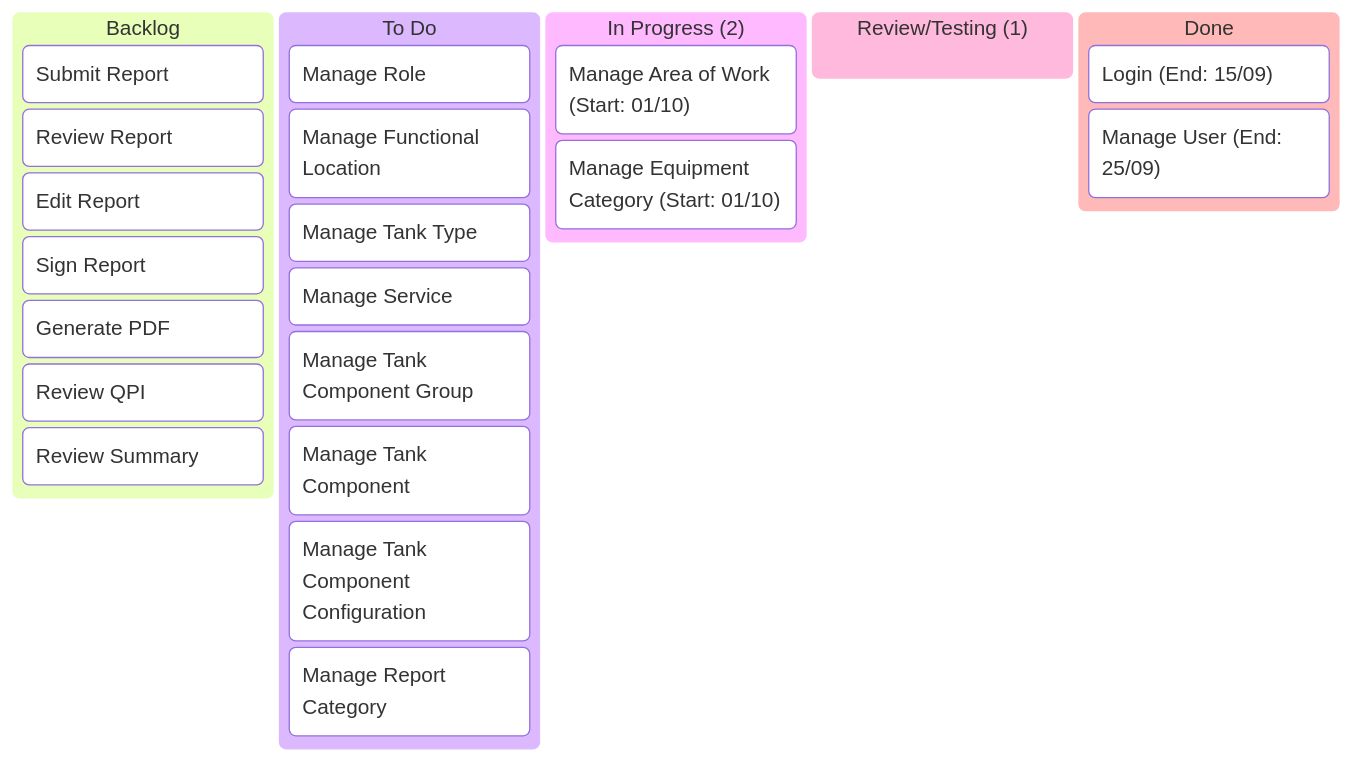
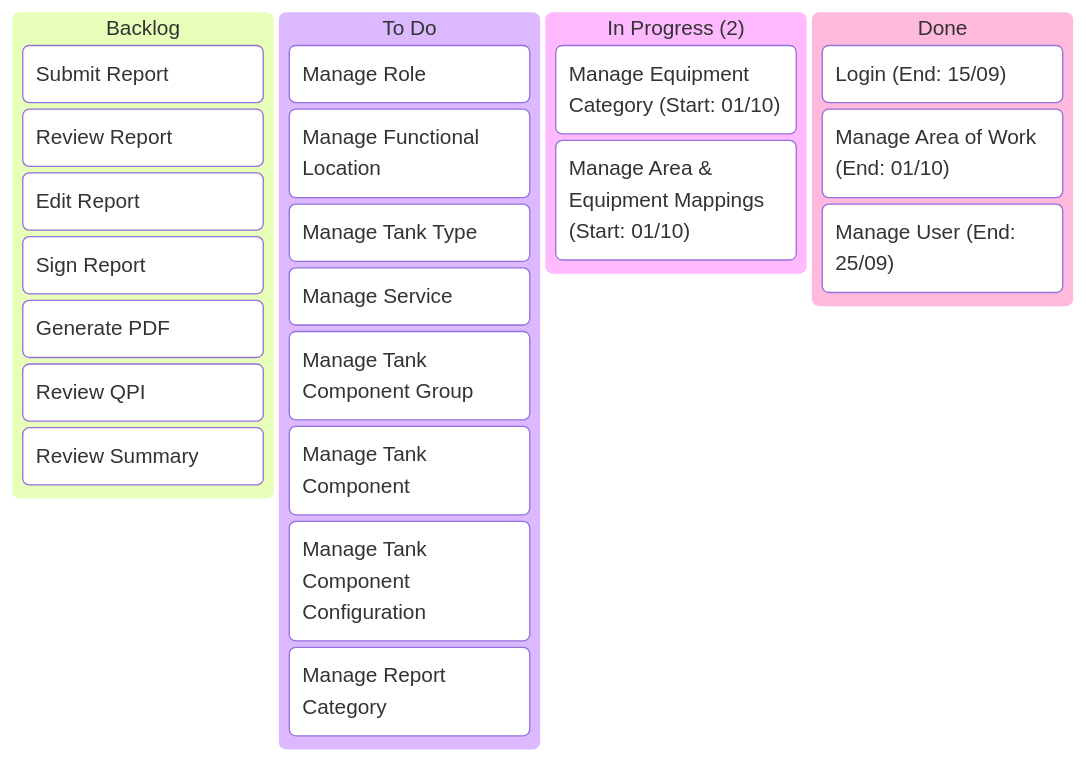
Before and after one commit to billdansr/kanban-boc-om: the diagram in Kanban/02-Kanban.md, drawn with Mermaid. The commit also changed 3 other files, not shown here.

````diff
--- a/Kanban/02-Kanban.md
+++ b/Kanban/02-Kanban.md
@@ -3,32 +3,31 @@
 ```mermaid
 kanban
   backlog[Backlog]
 	  b2[Submit Report]
 	  b3[Review Report]
 	  b4[Edit Report]
 	  b5[Sign Report]
 	  b6[Generate PDF]
 	  b7[Review QPI]
 	  b8[Review Summary]
 
   todo[To Do]
 	  t10[Manage Role]
 	  
 	  t13[Manage Functional Location]
 	  t14[Manage Tank Type]
 	  t15[Manage Service]
 	  t16[Manage Tank Component Group]
 	  t17[Manage Tank Component]
 	  t18[Manage Tank Component Configuration]
 	  t19[Manage Report Category]
 
   inprogress["In Progress (2)"]
-	  i11["Manage Area of Work (Start: 01/10)"]
 	  i12["Manage Equipment Category (Start: 01/10)"]
-
-  review["Review/Testing (1)"]
+	  i20["Manage Area & Equipment Mappings (Start: 01/10)"]
 
   done[Done]
 	  d1["Login (End: 15/09)"]
+	  d11["Manage Area of Work (End: 01/10)"]
 	  d9["Manage User (End: 25/09)"]
 ```
````
